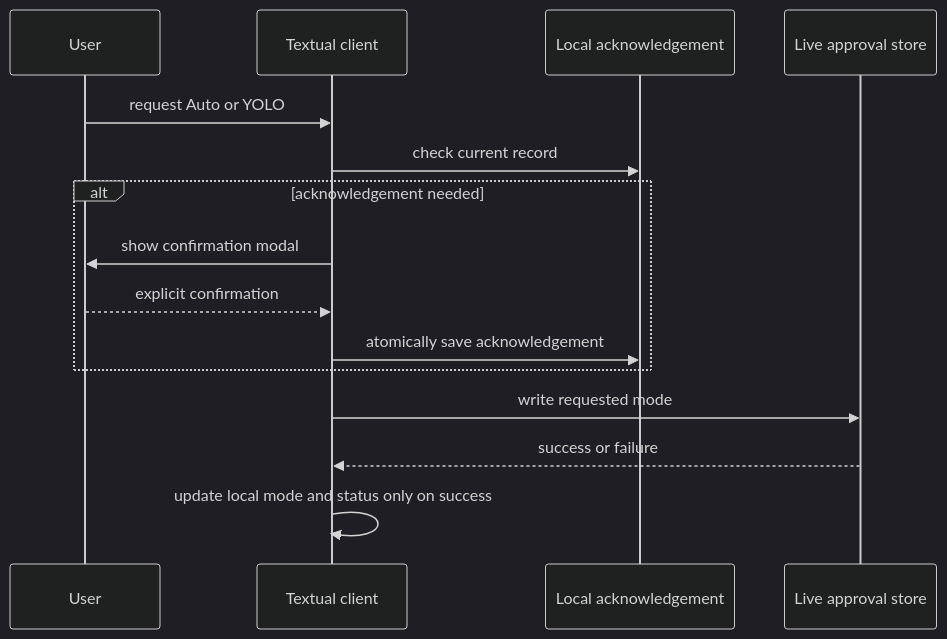
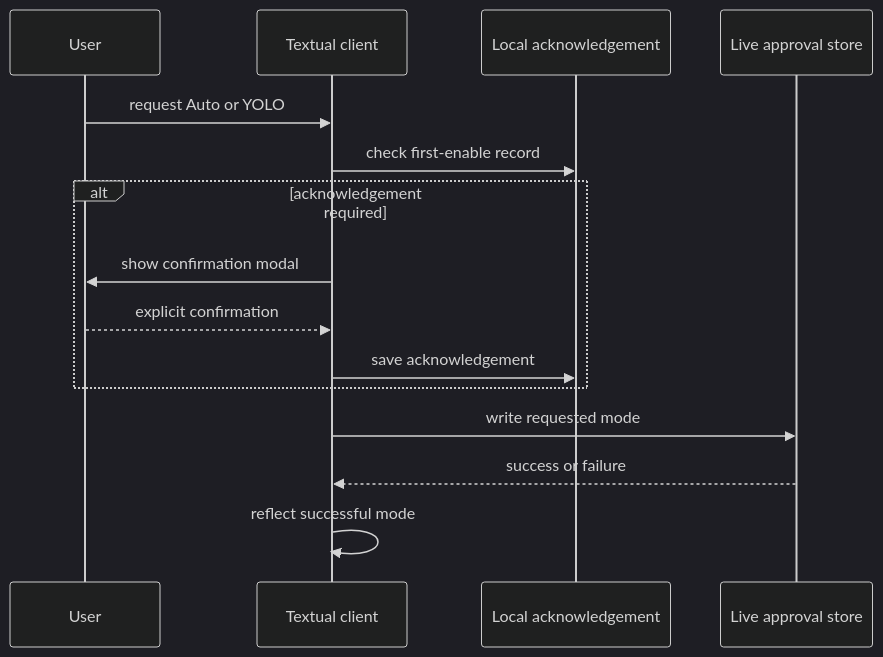
One commit to langchain-ai/deepagents changed the second of 2 diagrams in openwiki/architecture/code-agent.md. Above: the diagram before and after it, drawn with Mermaid (dark theme). The commit also changed other lines of this file and 37 other files, not shown here.

````diff
--- a/openwiki/architecture/code-agent.md
+++ b/openwiki/architecture/code-agent.md
@@ -115,17 +92,17 @@
 ```mermaid
 sequenceDiagram
     participant User
     participant TUI as Textual client
     participant Local as Local acknowledgement
     participant Live as Live approval store
     User->>TUI: request Auto or YOLO
-    TUI->>Local: check current record
-    alt acknowledgement needed
+    TUI->>Local: check first-enable record
+    alt acknowledgement required
         TUI->>User: show confirmation modal
         User-->>TUI: explicit confirmation
-        TUI->>Local: atomically save acknowledgement
+        TUI->>Local: save acknowledgement
     end
     TUI->>Live: write requested mode
     Live-->>TUI: success or failure
-    TUI->>TUI: update local mode and status only on success
+    TUI->>TUI: reflect successful mode
 ```
````
